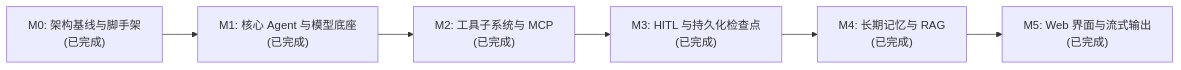
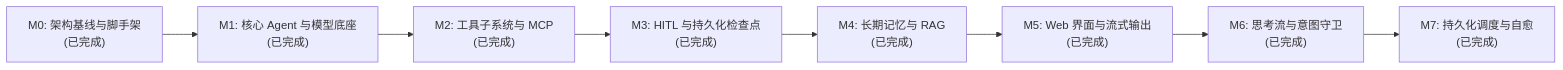
Before and after one commit to theGitForDalibor/JarvisStudio: the diagram in docs/roadmap/engineering-roadmap.md, drawn with Mermaid. The commit also changed other lines of this file and 6 other files, not shown here.

Commit message:
docs: update README and engineering docs with AgentCore/Flow/Graph renaming and Sprint 1C persistence capabilities

````diff
--- a/docs/roadmap/engineering-roadmap.md
+++ b/docs/roadmap/engineering-roadmap.md
@@ -14,8 +14,10 @@
 ```mermaid
 flowchart LR
     M0["M0: 架构基线与脚手架\n(已完成)"] --> M1["M1: 核心 Agent 与模型底座\n(已完成)"]
     M1 --> M2["M2: 工具子系统与 MCP\n(已完成)"]
     M2 --> M3["M3: HITL 与持久化检查点\n(已完成)"]
     M3 --> M4["M4: 长期记忆与 RAG\n(已完成)"]
     M4 --> M5["M5: Web 界面与流式输出\n(已完成)"]
+    M5 --> M6["M6: 思考流与意图守卫\n(已完成)"]
+    M6 --> M7["M7: 持久化调度与自愈\n(已完成)"]
 ```
````
